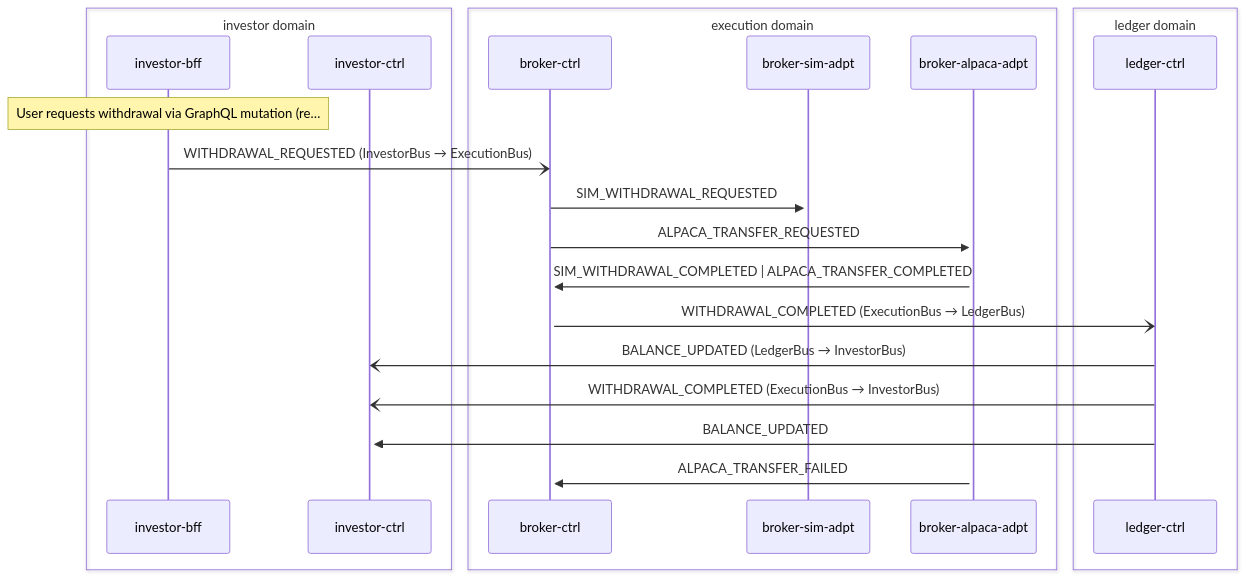
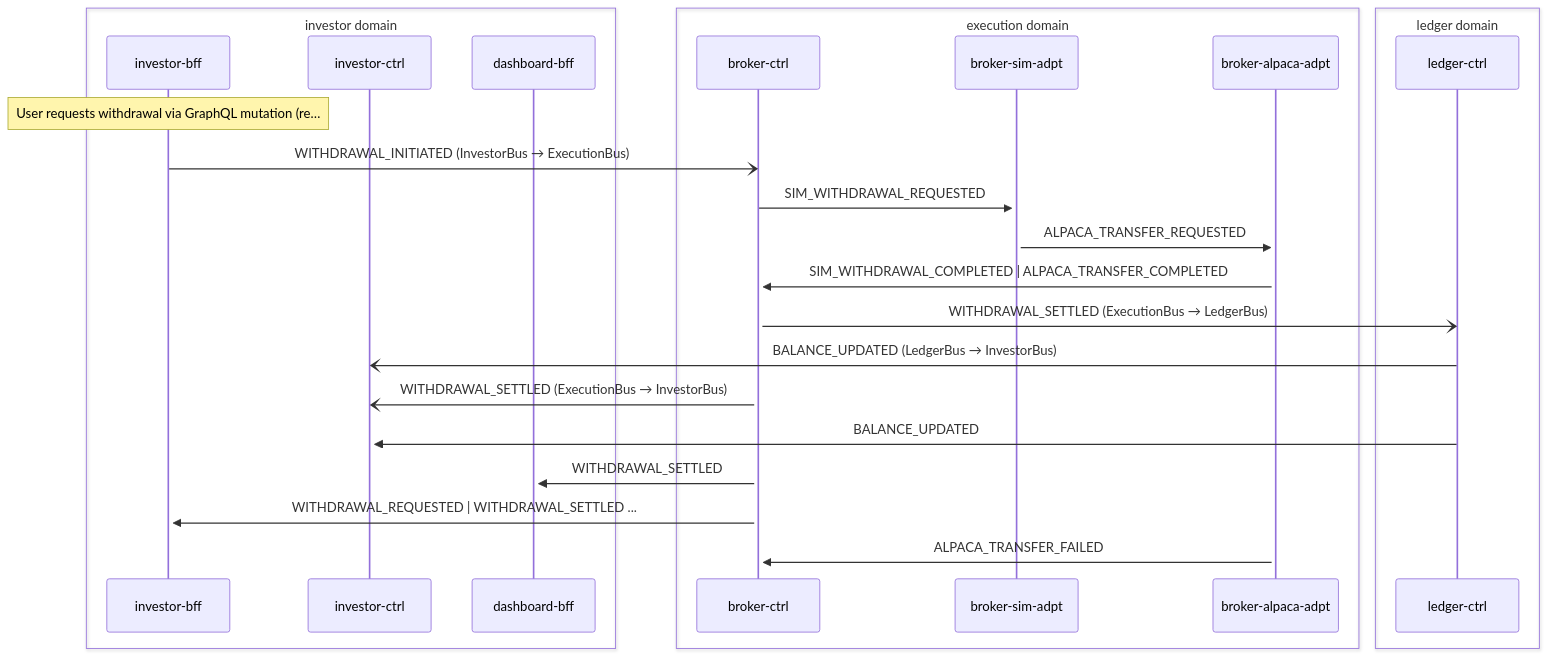
Before and after one commit to fabio-vitali/nestfolio: the second of 2 diagrams in docs/data-flows/withdrawal.md, drawn with Mermaid. The commit also changed other lines of this file and 25 other files, not shown here.

First line of the commit message:
docs(data-flows): sync flow specs to code + harden generator

````diff
--- a/docs/data-flows/withdrawal.md
+++ b/docs/data-flows/withdrawal.md
@@ -36,25 +37,28 @@
 ```mermaid
 sequenceDiagram
     box investor domain
         participant investor_bff as investor-bff
         participant investor_ctrl as investor-ctrl
+        participant dashboard_bff as dashboard-bff
     end
     box execution domain
         participant broker_ctrl as broker-ctrl
         participant broker_sim_adpt as broker-sim-adpt
         participant broker_alpaca_adpt as broker-alpaca-adpt
     end
     box ledger domain
         participant ledger_ctrl as ledger-ctrl
     end
     Note over investor_bff: User requests withdrawal via GraphQL mutation (re…
-    investor_bff-)broker_ctrl: WITHDRAWAL_REQUESTED (InvestorBus → ExecutionBus)
+    investor_bff-)broker_ctrl: WITHDRAWAL_INITIATED (InvestorBus → ExecutionBus)
     broker_ctrl->>+broker_sim_adpt: SIM_WITHDRAWAL_REQUESTED
-    broker_ctrl->>+broker_alpaca_adpt: ALPACA_TRANSFER_REQUESTED
+    broker_sim_adpt->>+broker_alpaca_adpt: ALPACA_TRANSFER_REQUESTED
     broker_alpaca_adpt->>+broker_ctrl: SIM_WITHDRAWAL_COMPLETED | ALPACA_TRANSFER_COMPLETED
-    broker_ctrl-)ledger_ctrl: WITHDRAWAL_COMPLETED (ExecutionBus → LedgerBus)
+    broker_ctrl-)ledger_ctrl: WITHDRAWAL_SETTLED (ExecutionBus → LedgerBus)
     ledger_ctrl-)investor_ctrl: BALANCE_UPDATED (LedgerBus → InvestorBus)
-    ledger_ctrl-)investor_ctrl: WITHDRAWAL_COMPLETED (ExecutionBus → InvestorBus)
+    broker_ctrl-)investor_ctrl: WITHDRAWAL_SETTLED (ExecutionBus → InvestorBus)
     ledger_ctrl->>+investor_ctrl: BALANCE_UPDATED
+    broker_ctrl->>+dashboard_bff: WITHDRAWAL_SETTLED
+    broker_ctrl->>+investor_bff: WITHDRAWAL_REQUESTED | WITHDRAWAL_SETTLED ...
     broker_alpaca_adpt->>+broker_ctrl: ALPACA_TRANSFER_FAILED
 ```
````
